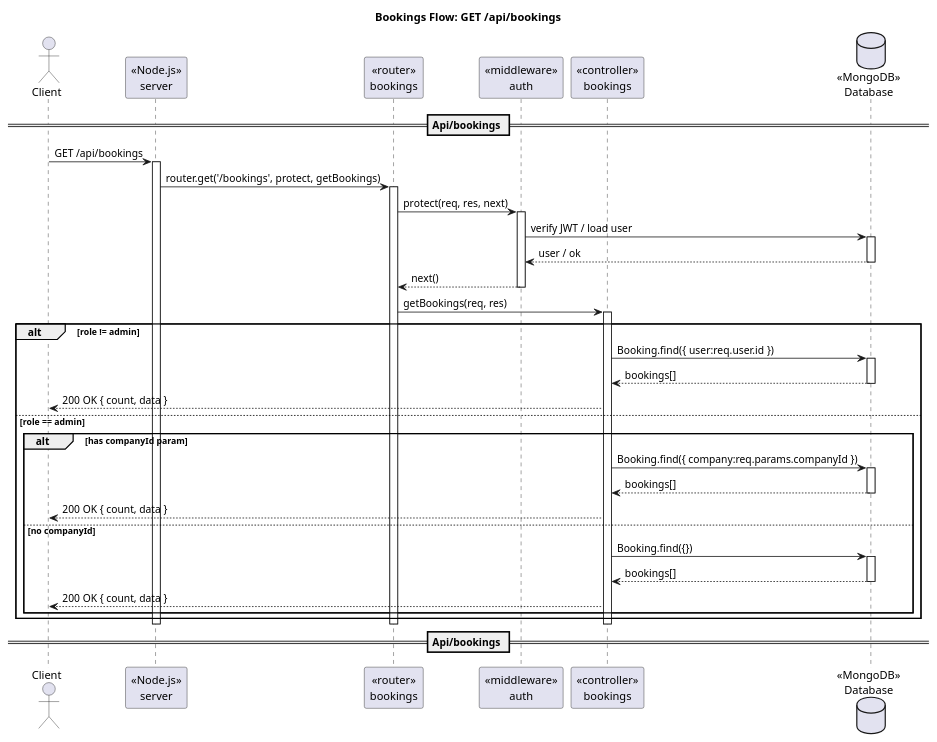
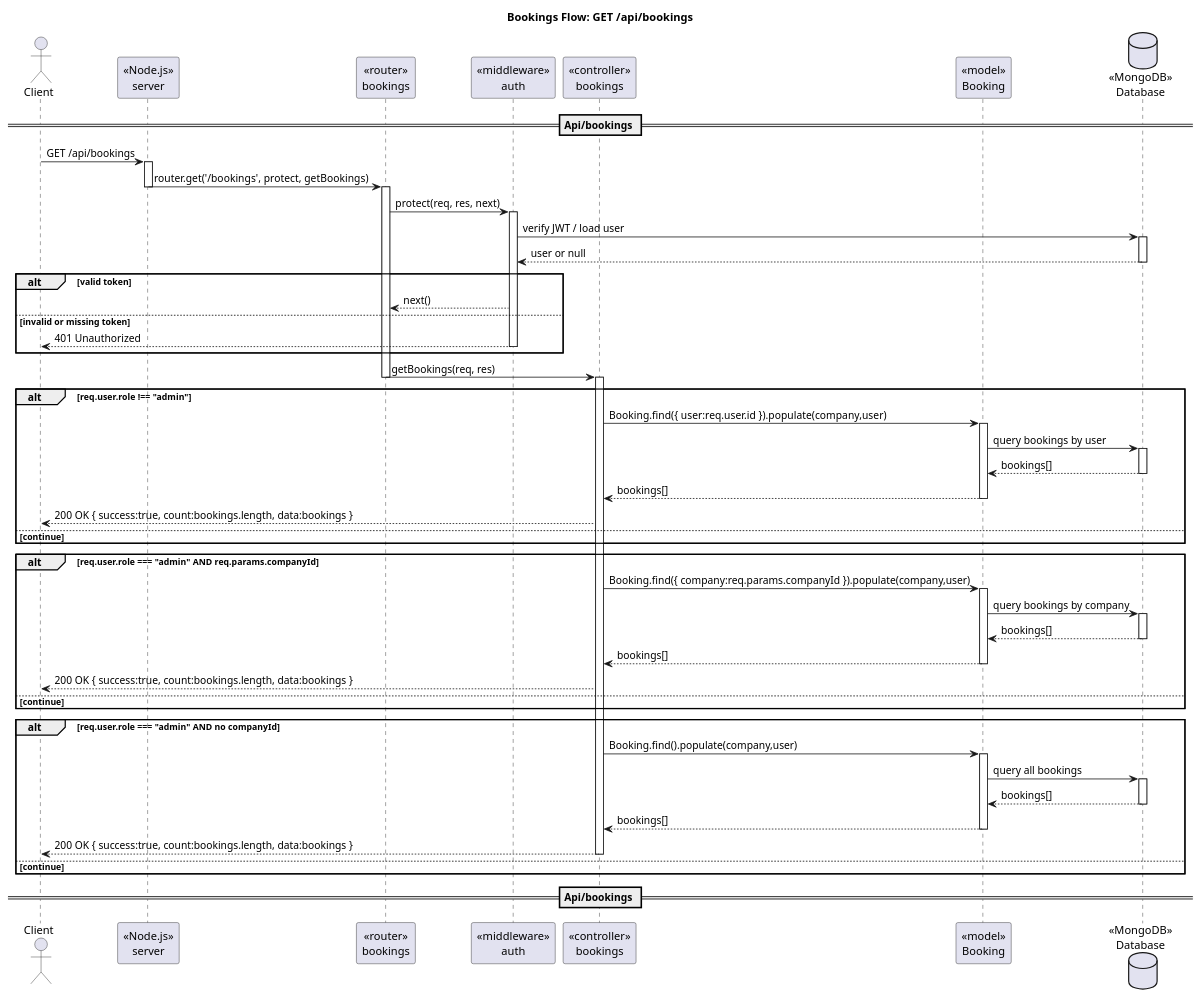
The diagram in docs/diagram/sequence/seq_bookings_get.puml (098ff/ArtmaybeDEV), drawn with PlantUML before and after one commit. The commit also changed 4 other files, not shown here.

```diff
--- a/docs/diagram/sequence/seq_bookings_get.puml
+++ b/docs/diagram/sequence/seq_bookings_get.puml
@@ -1,50 +1,90 @@
 @startuml
 title Bookings Flow: GET /api/bookings
 actor Client
 participant "«Node.js»\nserver" as Server
 participant "«router»\nbookings" as Router
 participant "«middleware»\nauth" as AuthMW
 participant "«controller»\nbookings" as Ctrl
+participant "«model»\nBooking" as BookingModel
 database "«MongoDB»\nDatabase" as DB
 
 == Api/bookings ==
 Client -> Server : GET /api/bookings
 activate Server
 Server -> Router : router.get('/bookings', protect, getBookings)
+deactivate Server
 activate Router
+
 Router -> AuthMW : protect(req, res, next)
+
 activate AuthMW
 AuthMW -> DB : verify JWT / load user
 activate DB
-DB --> AuthMW : user / ok
+DB --> AuthMW : user or null
 deactivate DB
-AuthMW --> Router : next()
-deactivate AuthMW
+
+alt valid token
+  AuthMW --> Router : next()
+else invalid or missing token
+  AuthMW --> Client : 401 Unauthorized
+  deactivate AuthMW
+end
+
 Router -> Ctrl : getBookings(req, res)
+deactivate Router
 activate Ctrl
-alt role != admin
-  Ctrl -> DB : Booking.find({ user:req.user.id })
+
+' ---- กรณี user ปกติ (ไม่ใช่ admin) ----
+alt req.user.role !== "admin"
+  Ctrl -> BookingModel : Booking.find({ user:req.user.id }).populate(company,user)
+  activate BookingModel
+  BookingModel -> DB : query bookings by user
   activate DB
-  DB --> Ctrl : bookings[]
+  DB --> BookingModel : bookings[]
   deactivate DB
-  Ctrl --> Client : 200 OK { count, data }
-else role == admin
-  alt has companyId param
-    Ctrl -> DB : Booking.find({ company:req.params.companyId })
-    activate DB
-    DB --> Ctrl : bookings[]
-    deactivate DB
-    Ctrl --> Client : 200 OK { count, data }
-  else no companyId
-    Ctrl -> DB : Booking.find({})
-    activate DB
-    DB --> Ctrl : bookings[]
-    deactivate DB
-    Ctrl --> Client : 200 OK { count, data }
-  end
+  BookingModel --> Ctrl : bookings[]
+  deactivate BookingModel
+
+  Ctrl --> Client : 200 OK { success:true, count:bookings.length, data:bookings }
+  deactivate Server
+else continue
 end
+
+' ---- กรณี admin + filter ตาม companyId ----
+alt req.user.role === "admin" AND req.params.companyId
+  Ctrl -> BookingModel : Booking.find({ company:req.params.companyId }).populate(company,user)
+  activate BookingModel
+  BookingModel -> DB : query bookings by company
+  activate DB
+  DB --> BookingModel : bookings[]
+  deactivate DB
+  BookingModel --> Ctrl : bookings[]
+  deactivate BookingModel
+
+  Ctrl --> Client : 200 OK { success:true, count:bookings.length, data:bookings }
+  deactivate Router
+  deactivate Server
+else continue
+end
+
+' ---- กรณี admin + ไม่ได้ส่ง companyId ----
+alt req.user.role === "admin" AND no companyId
+  Ctrl -> BookingModel : Booking.find().populate(company,user)
+  activate BookingModel
+  BookingModel -> DB : query all bookings
+  activate DB
+  DB --> BookingModel : bookings[]
+  deactivate DB
+  BookingModel --> Ctrl : bookings[]
+  deactivate BookingModel
+
+  Ctrl --> Client : 200 OK { success:true, count:bookings.length, data:bookings }
+  deactivate Ctrl
+else continue
+end
+
 deactivate Ctrl
 deactivate Router
 deactivate Server
 == Api/bookings ==
 @enduml
```
